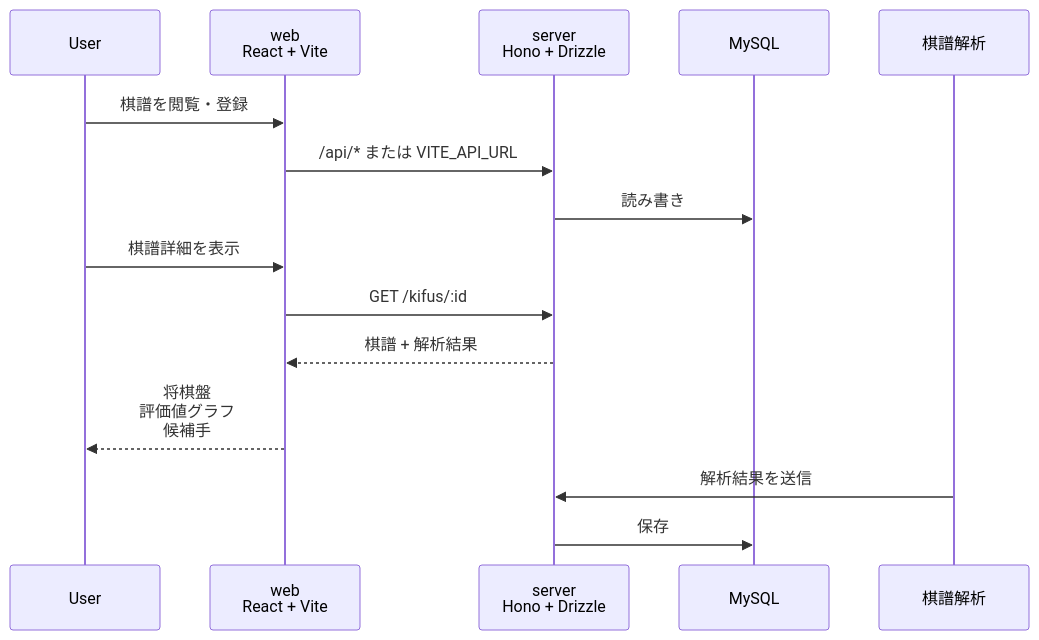
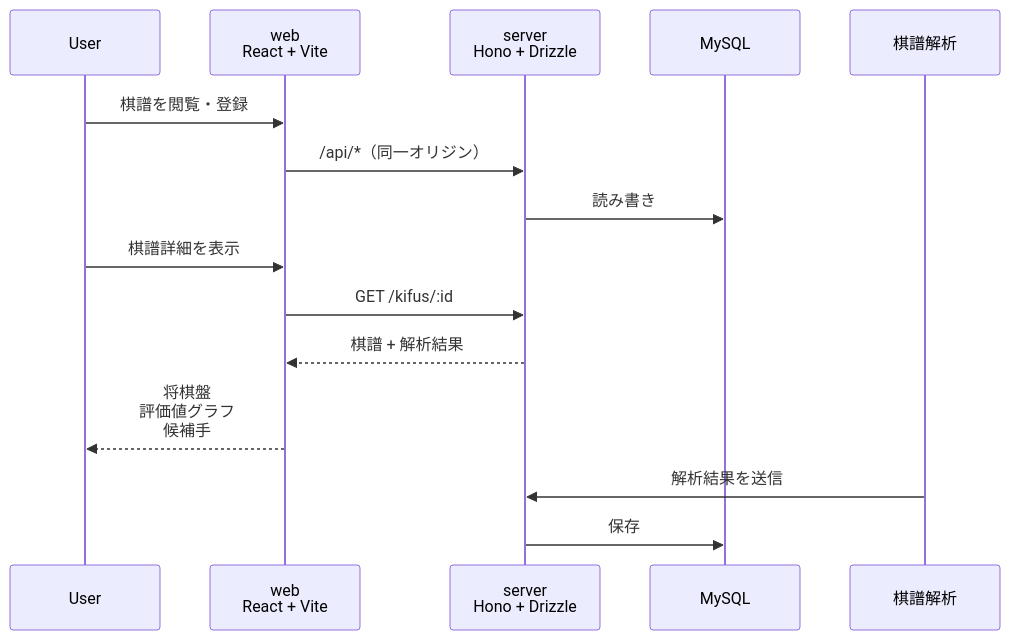
One commit to Daiius/seseraki changed the first of 2 diagrams in README.md. Above: the diagram before and after it, drawn with Mermaid. The commit also changed other lines of this file and 12 other files, not shown here.

````diff
--- a/README.md
+++ b/README.md
@@ -13,20 +13,20 @@
 ```mermaid
 sequenceDiagram
     participant U as User
     participant W as web<br/>React + Vite
     participant S as server<br/>Hono + Drizzle
     participant DB as MySQL
     participant WK as 棋譜解析
 
     U->>W: 棋譜を閲覧・登録
-    W->>S: /api/* または VITE_API_URL
+    W->>S: /api/*（同一オリジン）
     S->>DB: 読み書き
 
     U->>W: 棋譜詳細を表示
     W->>S: GET /kifus/:id
     S-->>W: 棋譜 + 解析結果
     W-->>U: 将棋盤<br>評価値グラフ<br>候補手
 
     WK->>S: 解析結果を送信
     S->>DB: 保存
 ```
````
